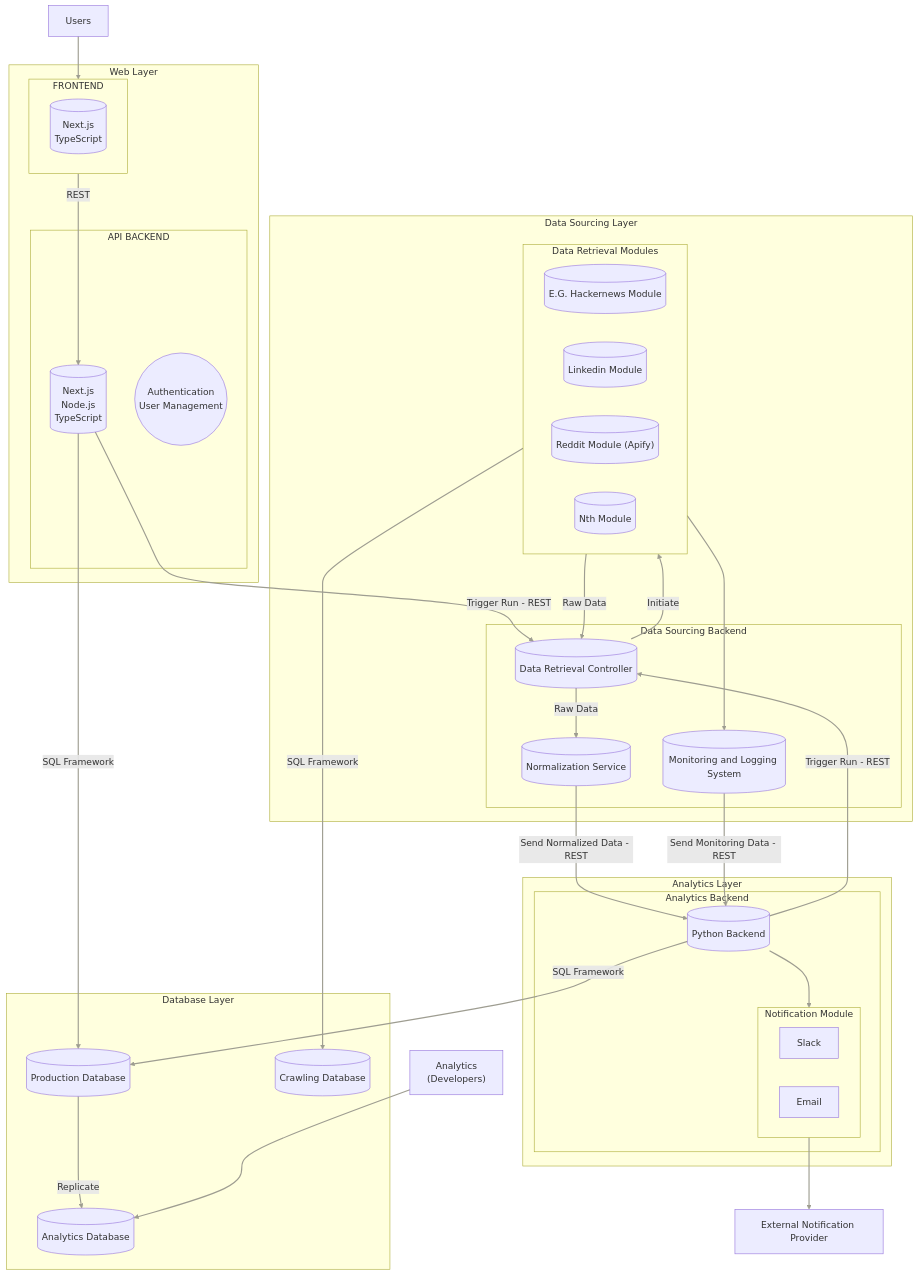
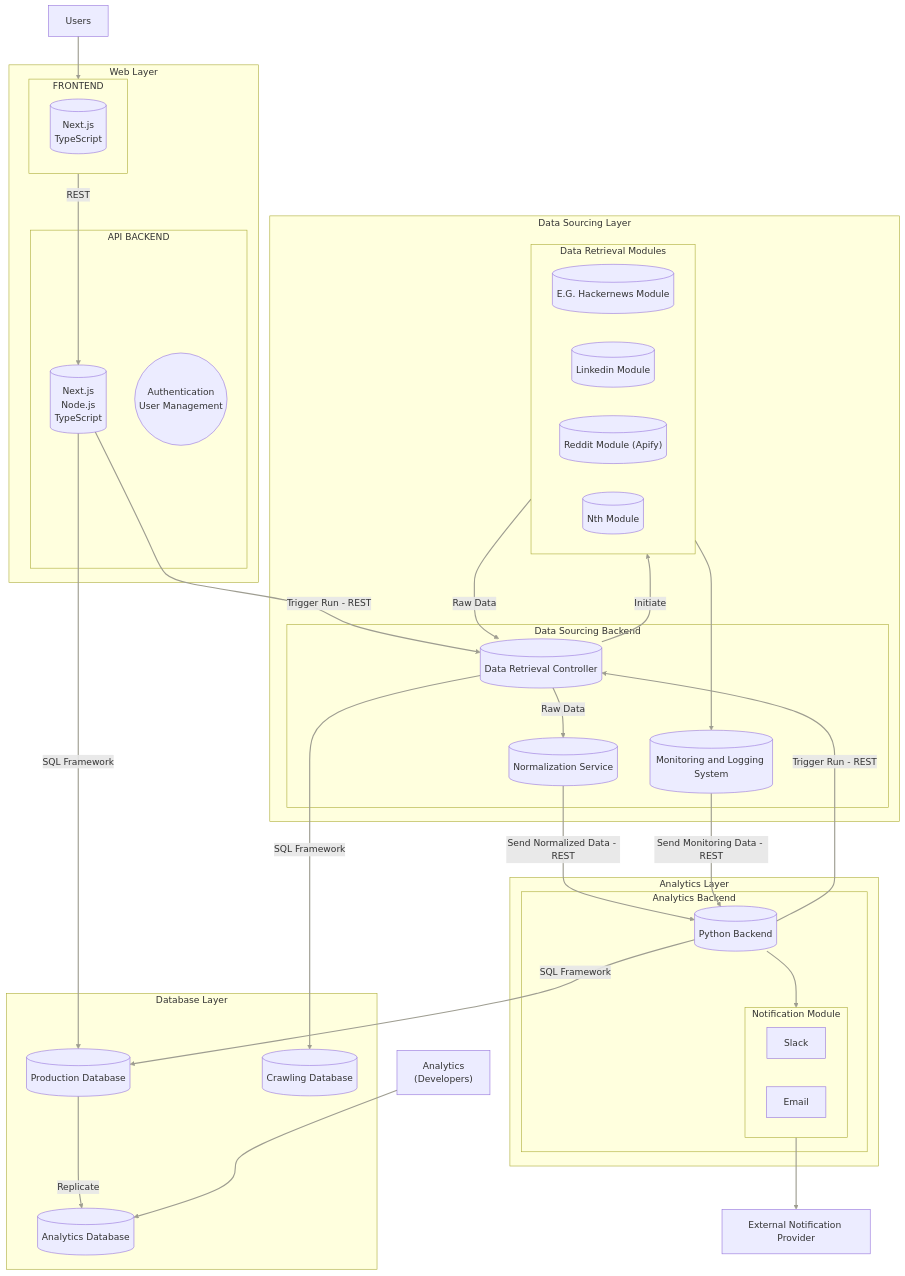
The first of 3 diagrams in README.md (la-famiglia-jst2324/parma-analytics), drawn with Mermaid before and after one commit.

Commit message:
docs: Update system architecture in README

```diff
--- a/README.md
+++ b/README.md
@@ -80,7 +80,7 @@
     AnalyticsRestBackend -->|SQL Framework| ProductionDatabase
     AnalyticsRestBackend --> NotificationContainer
     NotificationContainer --> ExternalNotificationProvider["External Notification Provider"]
-    DataRetrievalModules -->|SQL Framework| CrawlingDatabase
+    DataRetrievalController -->|SQL Framework| CrawlingDatabase
     ApiRestBackend -->|Trigger Run - REST| DataRetrievalController
     AnalyticsRestBackend -->|Trigger Run - REST| DataRetrievalController
     DataRetrievalController -->|Initiate| DataRetrievalModules
```
